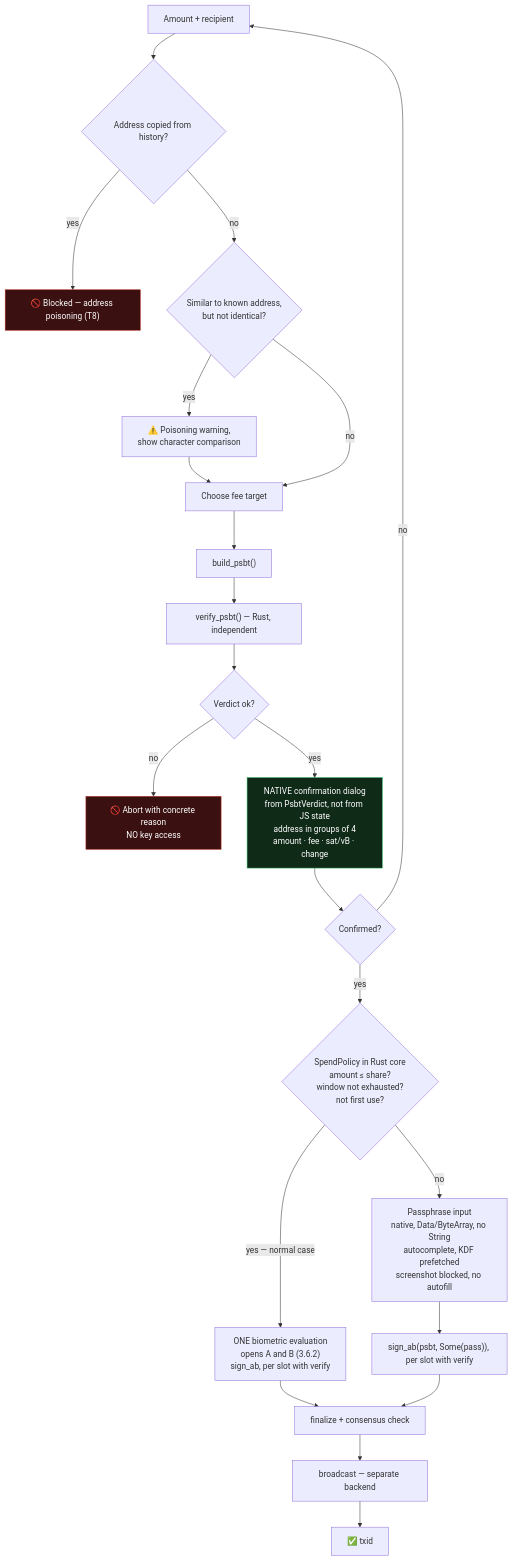
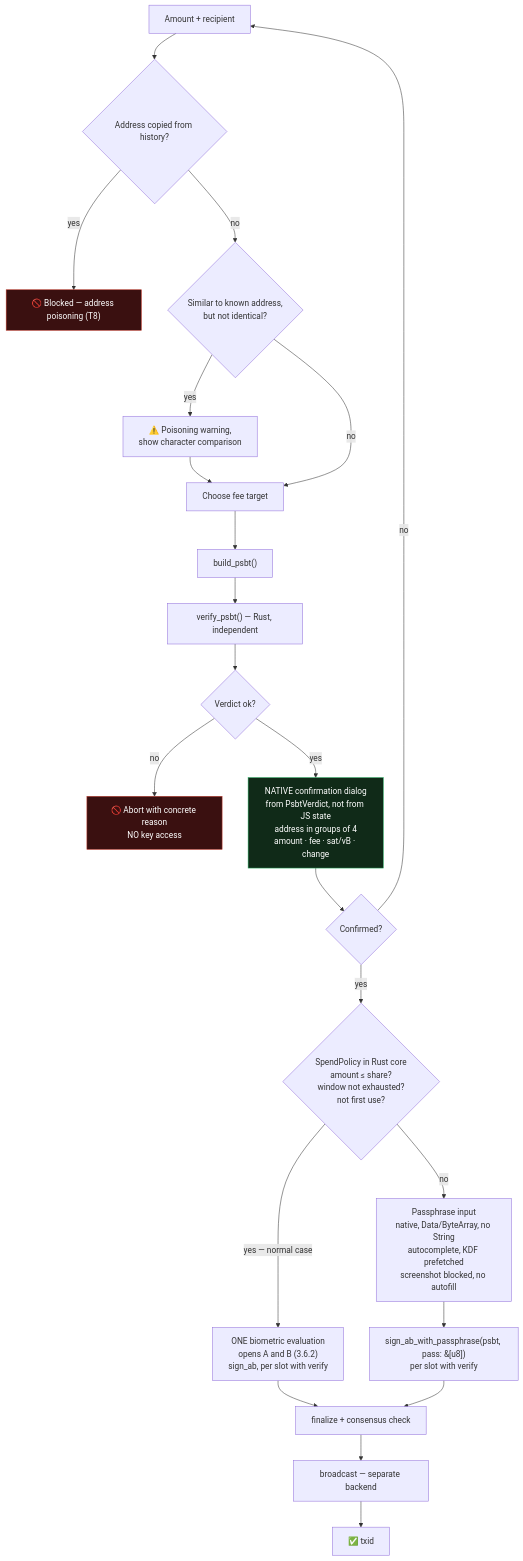
Before and after one commit to joshuakrueger-dfx/Bitcoin-Trinity: the sixth of 9 diagrams in docs/SPECIFICATION.md, drawn with Mermaid. The commit also changed other lines of this file and 1 other file, not shown here.

````diff
--- a/docs/SPECIFICATION.md
+++ b/docs/SPECIFICATION.md
@@ -1777,28 +1787,28 @@
 ```mermaid
 flowchart TD
     B0["Amount + recipient"] --> B1{"Address copied from history?"}
     B1 -->|"yes"| B1a["🚫 Blocked — address poisoning (T8)"]
     B1 -->|"no"| B2{"Similar to known address,<br/>but not identical?"}
     B2 -->|"yes"| B2a["⚠️ Poisoning warning,<br/>show character comparison"]
     B2a --> B3
     B2 -->|"no"| B3["Choose fee target"]
     B3 --> B4["build_psbt()"]
     B4 --> B5["verify_psbt() — Rust, independent"]
     B5 --> B6{"Verdict ok?"}
     B6 -->|"no"| B6a["🚫 Abort with concrete reason<br/>NO key access"]
     B6 -->|"yes"| B7["NATIVE confirmation dialog<br/>from PsbtVerdict, not from JS state<br/>address in groups of 4<br/>amount · fee · sat/vB · change"]
     B7 --> B8{"Confirmed?"}
     B8 -->|"no"| B0
     B8 -->|"yes"| B8a{"SpendPolicy in Rust core<br/>amount ≤ share?<br/>window not exhausted?<br/>not first use?"}
     B8a -->|"yes — normal case"| B9["ONE biometric evaluation<br/>opens A and B (3.6.2)<br/>sign_ab, per slot with verify"]
     B8a -->|"no"| B10["Passphrase input<br/>native, Data/ByteArray, no String<br/>autocomplete, KDF prefetched<br/>screenshot blocked, no autofill"]
-    B10 --> B11["sign_ab(psbt, Some(pass)), per slot with verify"]
+    B10 --> B11["sign_ab_with_passphrase(psbt, pass: &[u8])<br/>per slot with verify"]
     B9 --> B12["finalize + consensus check"]
     B11 --> B12
     B12 --> B13["broadcast — separate backend"]
     B13 --> B14["✅ txid"]
 
     style B6a fill:#3a1010,stroke:#c0392b,color:#fff
     style B1a fill:#3a1010,stroke:#c0392b,color:#fff
     style B7 fill:#102a18,stroke:#27ae60,color:#fff
 ```
````
